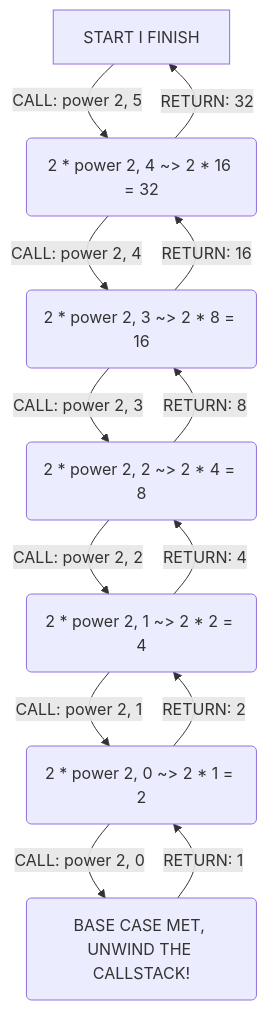
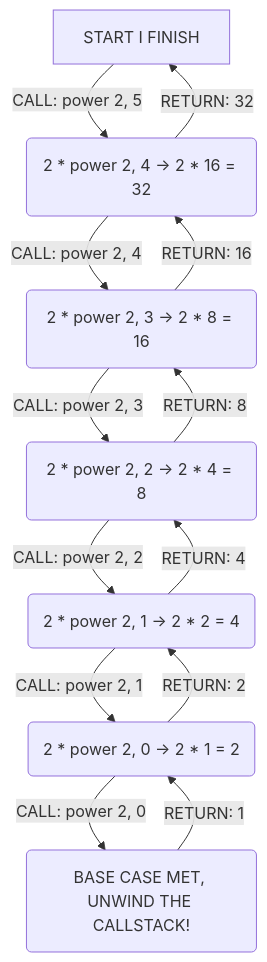
One commit to bazmurphy/dsa-challenges changed the diagram in src/04-recursion/06-power/readme.md. Above: the diagram before and after it, drawn with Mermaid.

Commit message:
adjustment

````diff
--- a/src/04-recursion/06-power/readme.md
+++ b/src/04-recursion/06-power/readme.md
@@ -94,15 +94,15 @@
 ```mermaid
 graph TD
-  A[START I FINISH ] -->|CALL: power 2, 5 | B(2 * power 2, 4 ~> 2 * 16 = 32)
-  B -->|CALL: power 2, 4 | C(2 * power 2, 3 ~> 2 * 8 = 16)
-  C -->|CALL: power 2, 3 | D(2 * power 2, 2 ~> 2 * 4 = 8)
-  D -->|CALL: power 2, 2 | E(2 * power 2, 1 ~> 2 * 2 = 4)
-  E -->|CALL: power 2, 1 | F(2 * power 2, 0 ~> 2 * 1 = 2)
+  A[START I FINISH ] -->|CALL: power 2, 5 | B(2 * power 2, 4 -> 2 * 16 = 32)
+  B -->|CALL: power 2, 4 | C(2 * power 2, 3 -> 2 * 8 = 16)
+  C -->|CALL: power 2, 3 | D(2 * power 2, 2 -> 2 * 4 = 8)
+  D -->|CALL: power 2, 2 | E(2 * power 2, 1 -> 2 * 2 = 4)
+  E -->|CALL: power 2, 1 | F(2 * power 2, 0 -> 2 * 1 = 2)
   F -->|CALL: power 2, 0 | G(BASE CASE MET, UNWIND THE CALLSTACK!)
   G -->|RETURN: 1 | F
   F -->|RETURN: 2 | E
   E -->|RETURN: 4 | D
   D -->|RETURN: 8 | C
   C -->|RETURN: 16 | B
   B -->|RETURN: 32 | A
 ```
````
